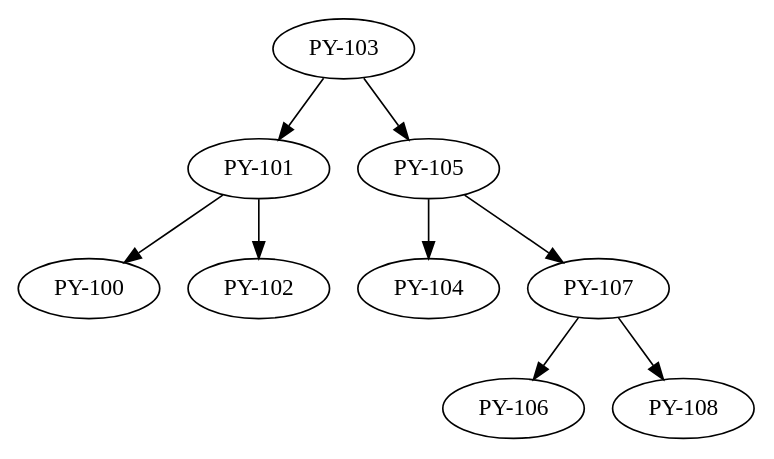
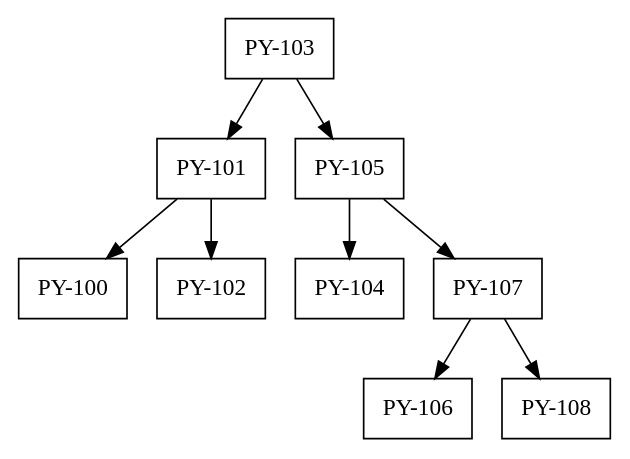
One commit to Sheila-Amaya/EDD_2S2023_PY_202000558 changed the diagram in Reportes/arbolAVL.dot. Above: the diagram before and after it, drawn with Graphviz. The commit also changed 11 other files, not shown here.

```diff
--- a/Reportes/arbolAVL.dot
+++ b/Reportes/arbolAVL.dot
@@ -1,18 +1,18 @@
-digraph arbol {"PY-103" ;
+digraph arbol {node [shape=box];"PY-103" ;
 x1 [label="",width=.1,style=invis];
 "PY-103" -> "PY-101" ;
 x2 [label="",width=.1,style=invis];
 "PY-101" -> "PY-100" ;
  "PY-101" -> "PY-102" ;
 {rank=same"PY-100" -> "PY-102" [style=invis]; } 
  "PY-103" -> "PY-105" ;
 x2 [label="",width=.1,style=invis];
 "PY-105" -> "PY-104" ;
  "PY-105" -> "PY-107" ;
 x3 [label="",width=.1,style=invis];
 "PY-107" -> "PY-106" ;
  "PY-107" -> "PY-108" ;
 {rank=same"PY-106" -> "PY-108" [style=invis]; } 
 {rank=same"PY-104" -> "PY-107" [style=invis]; } 
 {rank=same"PY-101" -> "PY-105" [style=invis]; } 
 }
```
